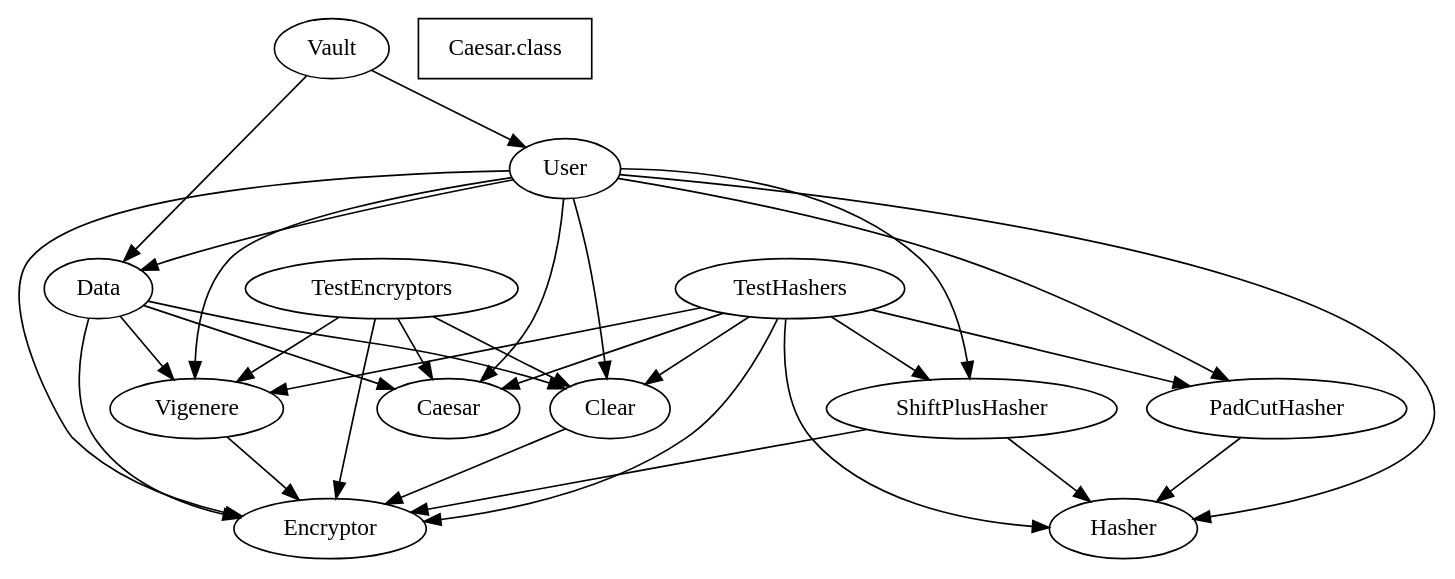
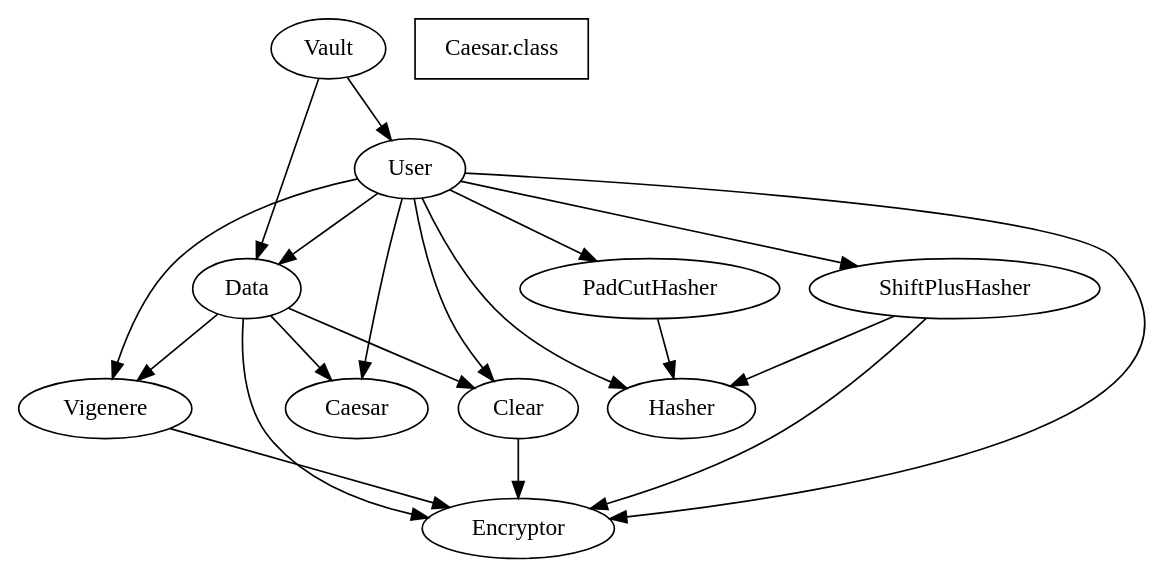
One commit to gprielipp2026/ic211 changed the diagram in proj02/design.dot. Above: the diagram before and after it, drawn with Graphviz. The commit also changed 17 other files, not shown here.

```diff
--- a/proj02/design.dot
+++ b/proj02/design.dot
@@ -1,33 +1,22 @@
 digraph "Design" {
 "Clear" -> "Encryptor";
 "Data" -> "Caesar";
 "Data" -> "Clear";
 "Data" -> "Encryptor";
 "Data" -> "Vigenere";
 "PadCutHasher" -> "Hasher";
 "ShiftPlusHasher" -> "Encryptor";
 "ShiftPlusHasher" -> "Hasher";
-"TestEncryptors" -> "Caesar";
-"TestEncryptors" -> "Clear";
-"TestEncryptors" -> "Encryptor";
-"TestEncryptors" -> "Vigenere";
-"TestHashers" -> "Caesar";
-"TestHashers" -> "Clear";
-"TestHashers" -> "Encryptor";
-"TestHashers" -> "Hasher";
-"TestHashers" -> "PadCutHasher";
-"TestHashers" -> "ShiftPlusHasher";
-"TestHashers" -> "Vigenere";
 "User" -> "Caesar";
 "User" -> "Clear";
 "User" -> "Data";
 "User" -> "Encryptor";
 "User" -> "Hasher";
 "User" -> "PadCutHasher";
 "User" -> "ShiftPlusHasher";
 "User" -> "Vigenere";
 "Vault" -> "Data";
 "Vault" -> "User";
 "Vigenere" -> "Encryptor";
 "Caesar.class" [shape="rectangle"];
 }
```
